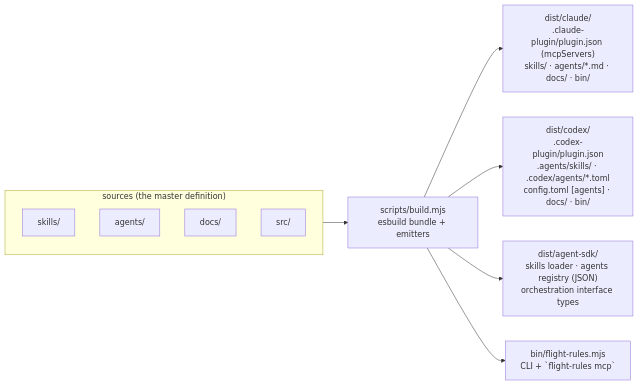
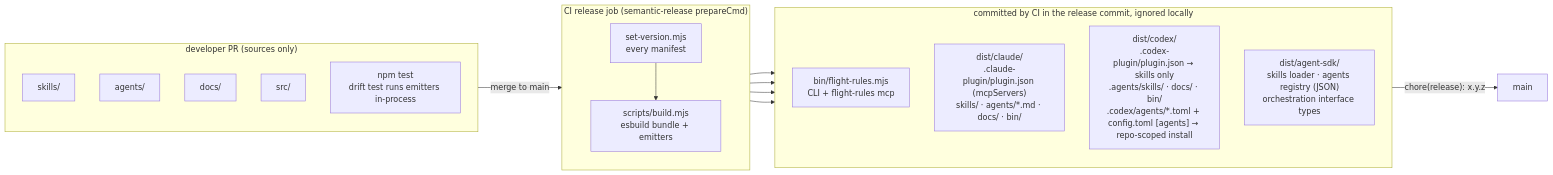
Before and after one commit to Good-Ground-Collective/flight-rules: the fourth of 4 diagrams in rfcs/RFC-006.md, drawn with Mermaid. The commit also changed other lines of this file, not shown here.

First line of the commit message:
docs(rfc): RFC-006 — fold in owner decisions on Codex agents, tiers, packaging, CI-only artifacts

````diff
--- a/rfcs/RFC-006.md
+++ b/rfcs/RFC-006.md
@@ -201,15 +202,30 @@
 ```mermaid
 flowchart LR
-  subgraph SRC["sources (the master definition)"]
+  subgraph DEV["developer PR (sources only)"]
+    direction TB
     S1["skills/"]
     S2["agents/"]
     S3["docs/"]
     S4["src/"]
+    T["npm test<br/>drift test runs emitters in-process"]
   end
-  B["scripts/build.mjs<br/>esbuild bundle + emitters"]
-  SRC --> B
-  B --> T1["dist/claude/<br/>.claude-plugin/plugin.json (mcpServers)<br/>skills/ · agents/*.md · docs/ · bin/"]
-  B --> T2["dist/codex/<br/>.codex-plugin/plugin.json<br/>.agents/skills/ · .codex/agents/*.toml<br/>config.toml [agents] · docs/ · bin/"]
-  B --> T3["dist/agent-sdk/<br/>skills loader · agents registry (JSON)<br/>orchestration interface types"]
-  B --> T4["bin/flight-rules.mjs<br/>CLI + `flight-rules mcp`"]
+  subgraph CI["CI release job (semantic-release prepareCmd)"]
+    direction TB
+    V["set-version.mjs<br/>every manifest"]
+    B["scripts/build.mjs<br/>esbuild bundle + emitters"]
+    V --> B
+  end
+  subgraph OUT["committed by CI in the release commit, ignored locally"]
+    direction TB
+    T4["bin/flight-rules.mjs<br/>CLI + flight-rules mcp"]
+    T1["dist/claude/<br/>.claude-plugin/plugin.json (mcpServers)<br/>skills/ · agents/*.md · docs/ · bin/"]
+    T2["dist/codex/<br/>.codex-plugin/plugin.json → skills only<br/>.agents/skills/ · docs/ · bin/<br/>.codex/agents/*.toml + config.toml [agents] → repo-scoped install"]
+    T3["dist/agent-sdk/<br/>skills loader · agents registry (JSON)<br/>orchestration interface types"]
+  end
+  DEV -->|"merge to main"| CI
+  B --> T4
+  B --> T1
+  B --> T2
+  B --> T3
+  OUT -->|"chore(release): x.y.z"| MAIN["main"]
 ```
````
